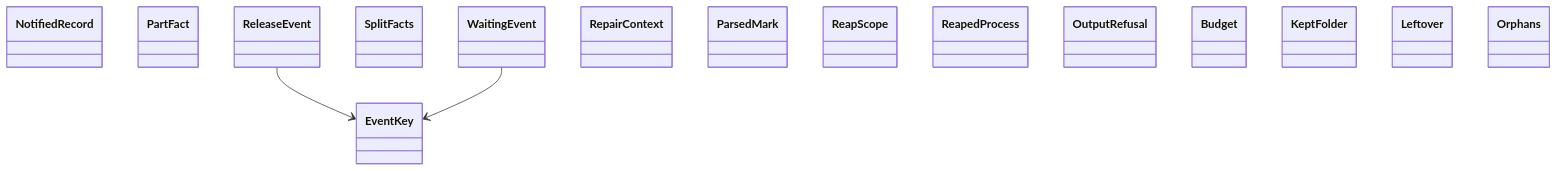
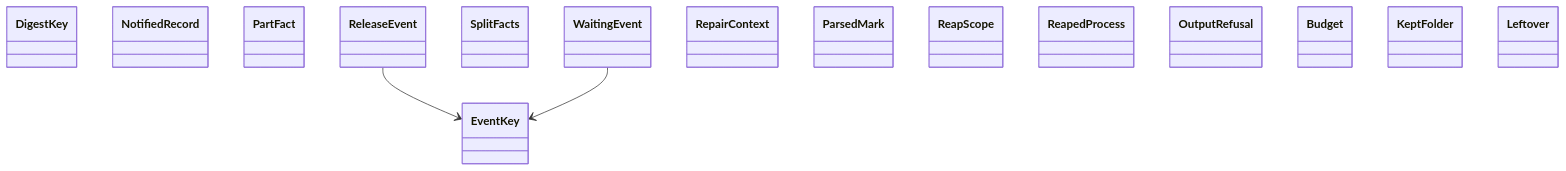
The diagram in docs/architecture/generated/classes-process-domain-machine-2.md (GonzaloZevallos/agentic-system), drawn with Mermaid before and after one commit. The commit also changed other lines of this file and 6 other files, not shown here.

First line of the commit message:
Add the pure daily digest decision to notify (digest_hour, digest_event)

````diff
--- a/docs/architecture/generated/classes-process-domain-machine-2.md
+++ b/docs/architecture/generated/classes-process-domain-machine-2.md
@@ -33,20 +33,20 @@
 ```mermaid
 classDiagram
+    class notify__DigestKey["DigestKey"]
     class notify__EventKey["EventKey"]
     class notify__NotifiedRecord["NotifiedRecord"]
     class notify__PartFact["PartFact"]
     class notify__ReleaseEvent["ReleaseEvent"]
     class notify__SplitFacts["SplitFacts"]
     class notify__WaitingEvent["WaitingEvent"]
     class output_repair__RepairContext["RepairContext"]
     class reaping__ParsedMark["ParsedMark"]
     class reaping__ReapScope["ReapScope"]
     class reaping__ReapedProcess["ReapedProcess"]
     class refusal__OutputRefusal["OutputRefusal"]
     class retakes__Budget["Budget"]
     class scratch__KeptFolder["KeptFolder"]
     class scratch__Leftover["Leftover"]
-    class scratch__Orphans["Orphans"]
     notify__ReleaseEvent --> notify__EventKey
     notify__WaitingEvent --> notify__EventKey
 ```
````
